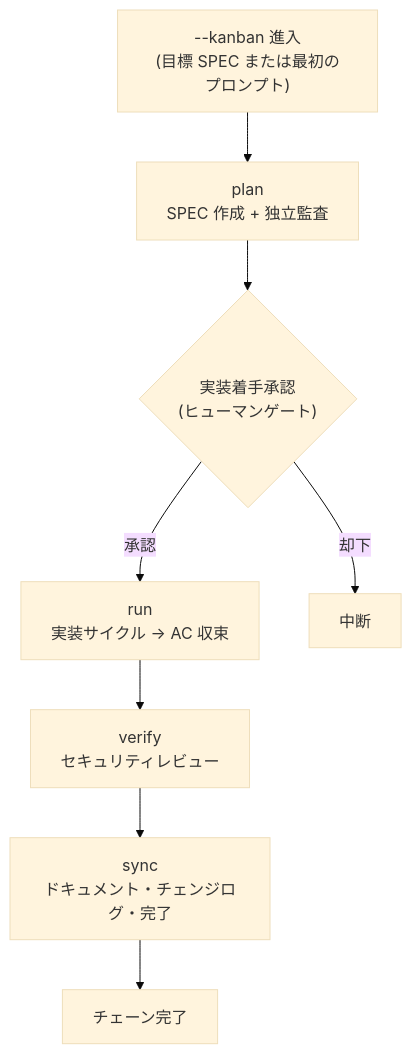
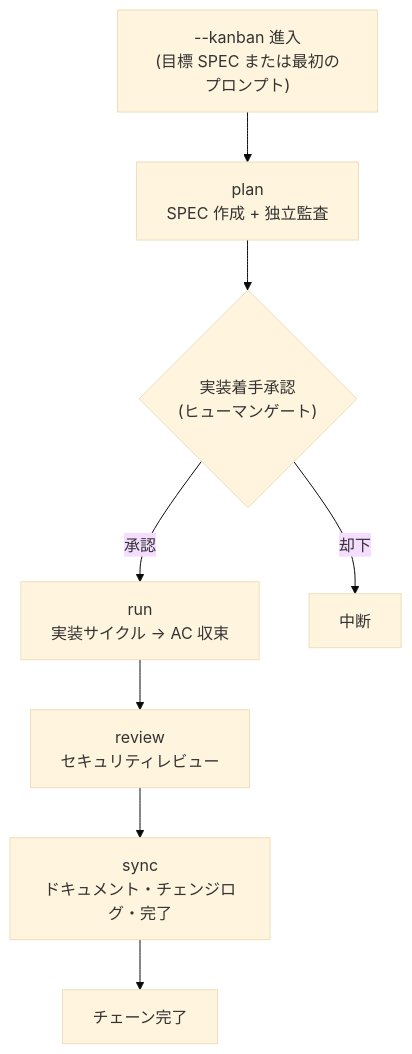
One commit to modu-ai/moai-adk changed the second of 2 diagrams in docs-site/content/ja/advanced/kanban-mode.md. Above: the diagram before and after it, drawn with Mermaid (base theme). The commit also changed other lines of this file and 7 other files, not shown here.

````diff
--- a/docs-site/content/ja/advanced/kanban-mode.md
+++ b/docs-site/content/ja/advanced/kanban-mode.md
@@ -200,10 +200,10 @@
 ```mermaid
 flowchart TD
     Entry["--kanban 進入<br/>(目標 SPEC または最初のプロンプト)"] --> Plan["plan<br/>SPEC 作成 + 独立監査"]
     Plan --> Gate1{"実装着手承認<br/>(ヒューマンゲート)"}
     Gate1 -->|"承認"| Run["run<br/>実装サイクル → AC 収束"]
     Gate1 -->|"却下"| Stop1["中断"]
-    Run --> Verify["verify<br/>セキュリティレビュー"]
-    Verify --> Sync["sync<br/>ドキュメント・チェンジログ・完了"]
+    Run --> Review["review<br/>セキュリティレビュー"]
+    Review --> Sync["sync<br/>ドキュメント・チェンジログ・完了"]
     Sync --> Done["チェーン完了"]
 ```
````
